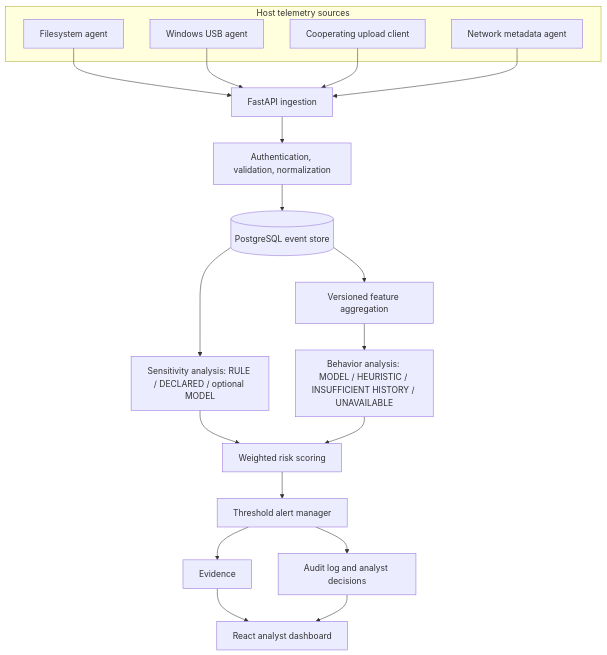
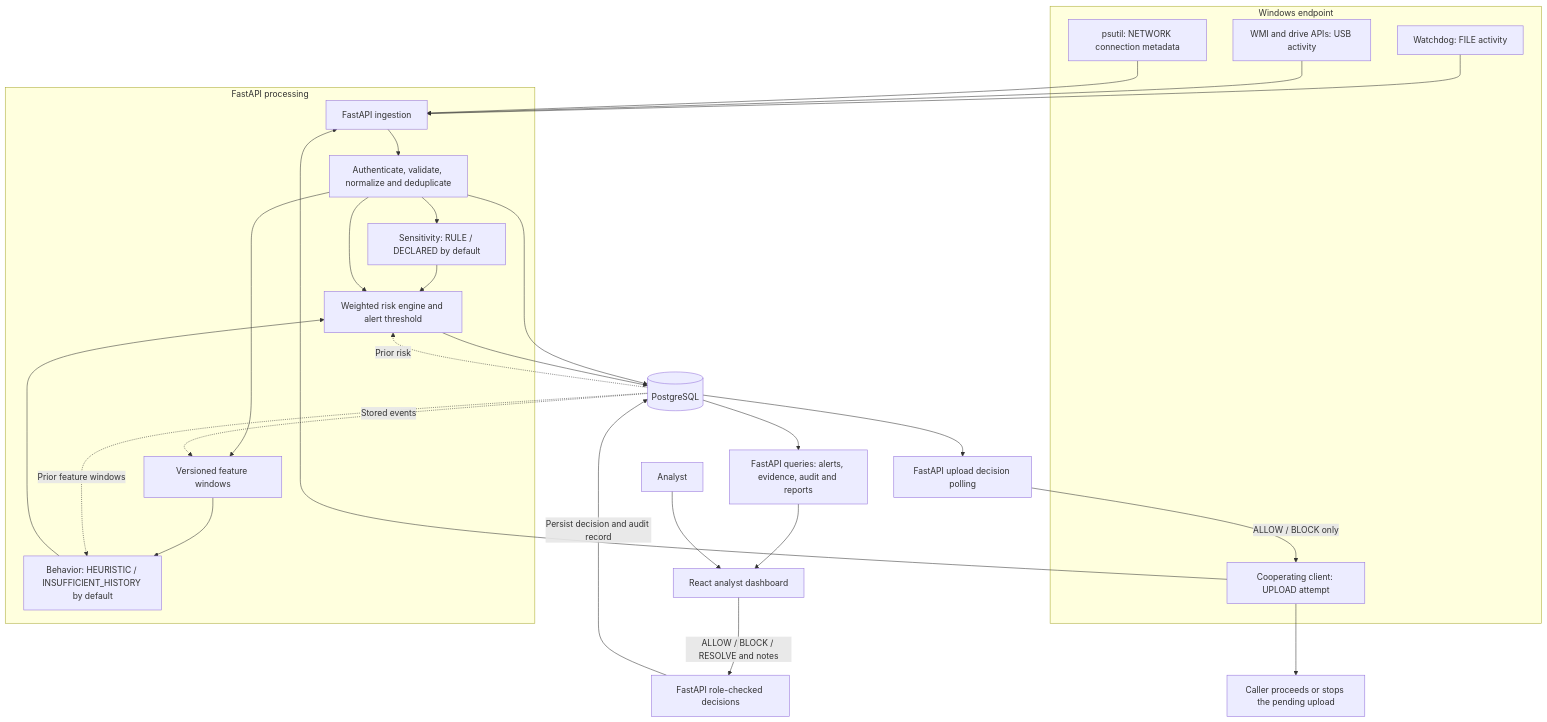
One commit to sohaib-0897/DataShield changed the diagram in docs/architecture/architecture.md. Above: the diagram before and after it, drawn with Mermaid. The commit also changed other lines of this file and 12 other files, not shown here.

````diff
--- a/docs/architecture/architecture.md
+++ b/docs/architecture/architecture.md
@@ -3,25 +5,35 @@
 ```mermaid
 flowchart TD
-  subgraph Sources[Host telemetry sources]
-    FS[Filesystem agent]
-    USB[Windows USB agent]
-    UP[Cooperating upload client]
-    NET[Network metadata agent]
+  subgraph Endpoint[Windows endpoint]
+    FS["Watchdog: FILE activity"]
+    USB["WMI and drive APIs: USB activity"]
+    NET["psutil: NETWORK connection metadata"]
+    UP["Cooperating client: UPLOAD attempt"]
   end
-  FS --> ING[FastAPI ingestion]
+  FS --> ING["FastAPI ingestion"]
   USB --> ING
+  NET --> ING
   UP --> ING
-  NET --> ING
-  ING --> VAL[Authentication, validation, normalization]
-  VAL --> DB[(PostgreSQL event store)]
-  DB --> SEN[Sensitivity analysis: RULE / DECLARED / optional MODEL]
-  DB --> FEAT[Versioned feature aggregation]
-  FEAT --> BEH[Behavior analysis: MODEL / HEURISTIC / INSUFFICIENT HISTORY / UNAVAILABLE]
-  SEN --> RISK[Weighted risk scoring]
-  BEH --> RISK
-  RISK --> ALERT[Threshold alert manager]
-  ALERT --> EVID[Evidence]
-  ALERT --> AUDIT[Audit log and analyst decisions]
-  EVID --> UI[React analyst dashboard]
-  AUDIT --> UI
+  subgraph Processing[FastAPI processing]
+    ING --> NORM["Authenticate, validate, normalize and deduplicate"]
+    NORM --> SEN["Sensitivity: RULE / DECLARED by default"]
+    NORM --> FEAT["Versioned feature windows"]
+    FEAT --> BEH["Behavior: HEURISTIC / INSUFFICIENT_HISTORY by default"]
+    SEN --> RISK["Weighted risk engine and alert threshold"]
+    BEH --> RISK
+    NORM --> RISK
+  end
+  NORM --> DB[(PostgreSQL)]
+  DB -.->|Stored events| FEAT
+  DB -.->|Prior feature windows| BEH
+  DB -.->|Prior risk| RISK
+  RISK --> DB
+  DB --> READ["FastAPI queries: alerts, evidence, audit and reports"]
+  READ --> UI["React analyst dashboard"]
+  ANALYST[Analyst] --> UI
+  UI -->|ALLOW / BLOCK / RESOLVE and notes| DEC["FastAPI role-checked decisions"]
+  DEC -->|Persist decision and audit record| DB
+  DB --> POLL["FastAPI upload decision polling"]
+  POLL -->|ALLOW / BLOCK only| UP
+  UP --> ENFORCE["Caller proceeds or stops the pending upload"]
 ```
````
